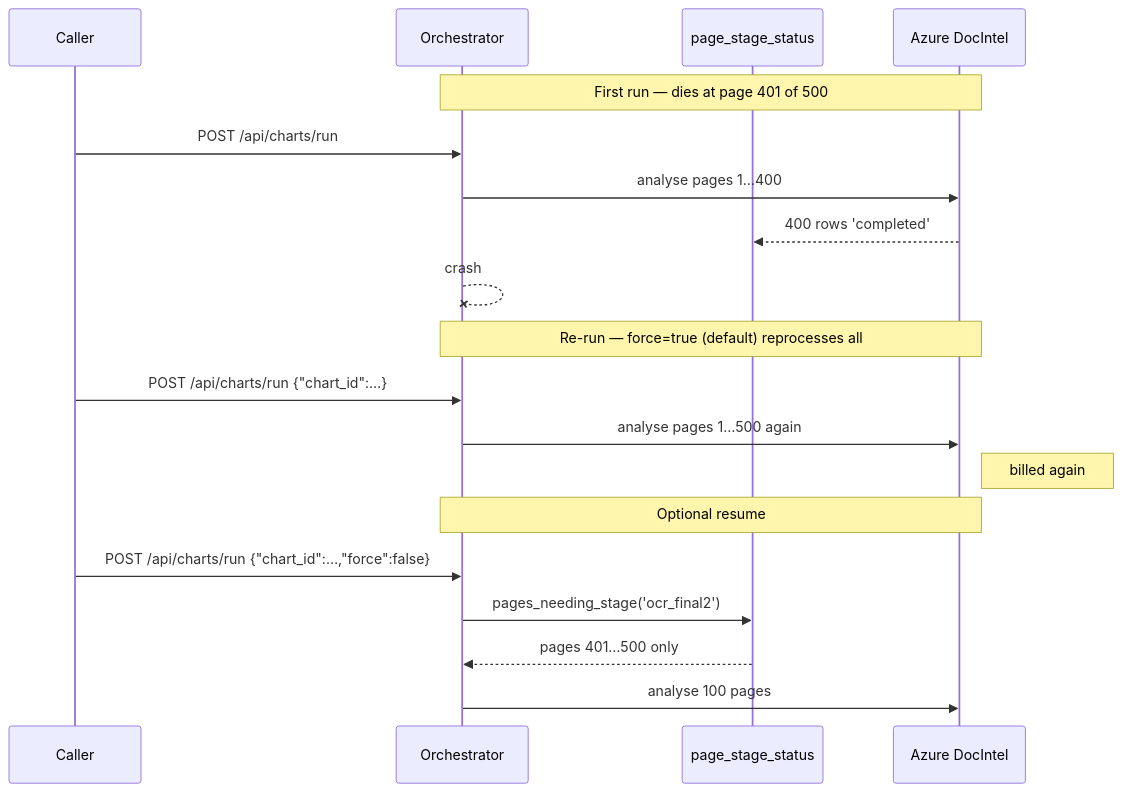
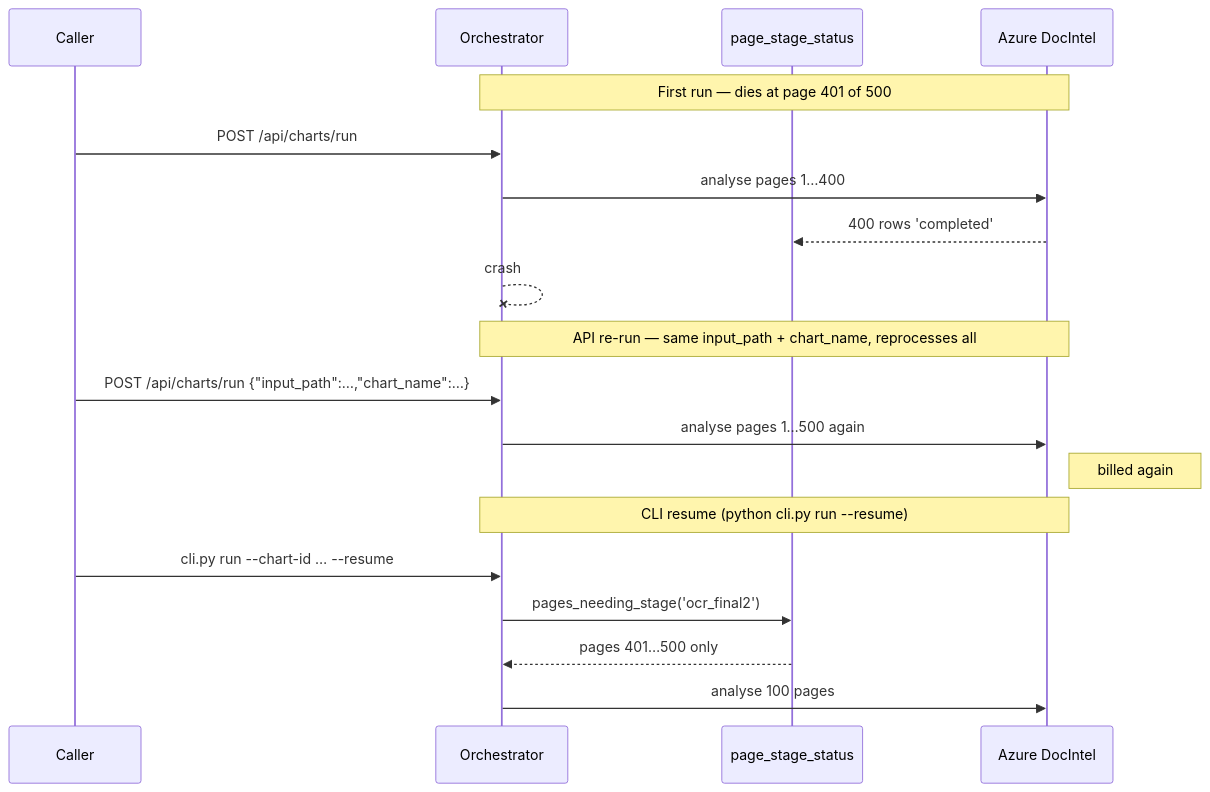
The fifth of 7 diagrams in docs/FLOW.md (abhinavdg-ever/model-repo), drawn with Mermaid before and after one commit. The commit also changed other lines of this file and 14 other files, not shown here.

First line of the commit message:
Simplify chart run requests and keep model paths relative to core-pipeline.

````diff
--- a/docs/FLOW.md
+++ b/docs/FLOW.md
@@ -197,24 +199,24 @@
 ```mermaid
 sequenceDiagram
   participant C as Caller
   participant O as Orchestrator
   participant DB as page_stage_status
   participant AZ as Azure DocIntel
 
   Note over O,AZ: First run — dies at page 401 of 500
   C->>O: POST /api/charts/run
   O->>AZ: analyse pages 1…400
   AZ-->>DB: 400 rows 'completed'
   O--xO: crash
 
-  Note over O,AZ: Re-run — force=true (default) reprocesses all
-  C->>O: POST /api/charts/run {"chart_id":…}
+  Note over O,AZ: API re-run — same input_path + chart_name, reprocesses all
+  C->>O: POST /api/charts/run {"input_path":…,"chart_name":…}
   O->>AZ: analyse pages 1…500 again
   Note right of AZ: billed again
 
-  Note over O,AZ: Optional resume
-  C->>O: POST /api/charts/run {"chart_id":…,"force":false}
+  Note over O,AZ: CLI resume (python cli.py run --resume)
+  C->>O: cli.py run --chart-id … --resume
   O->>DB: pages_needing_stage('ocr_final2')
   DB-->>O: pages 401…500 only
   O->>AZ: analyse 100 pages
 ```
````
